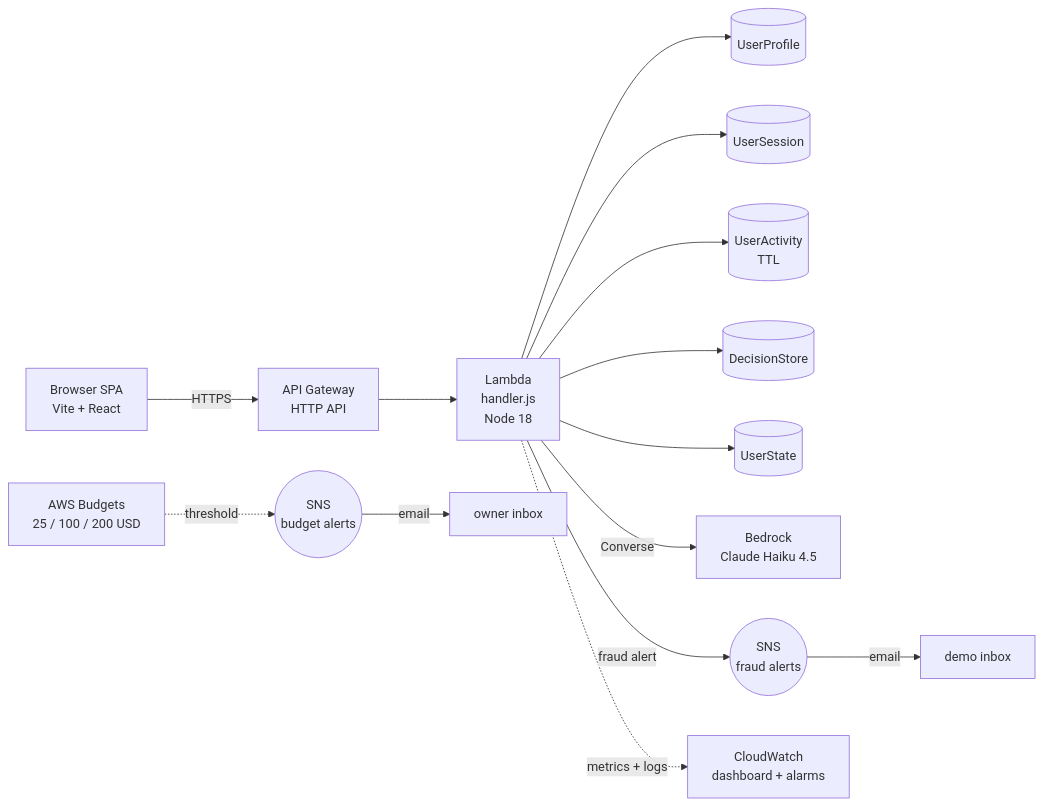
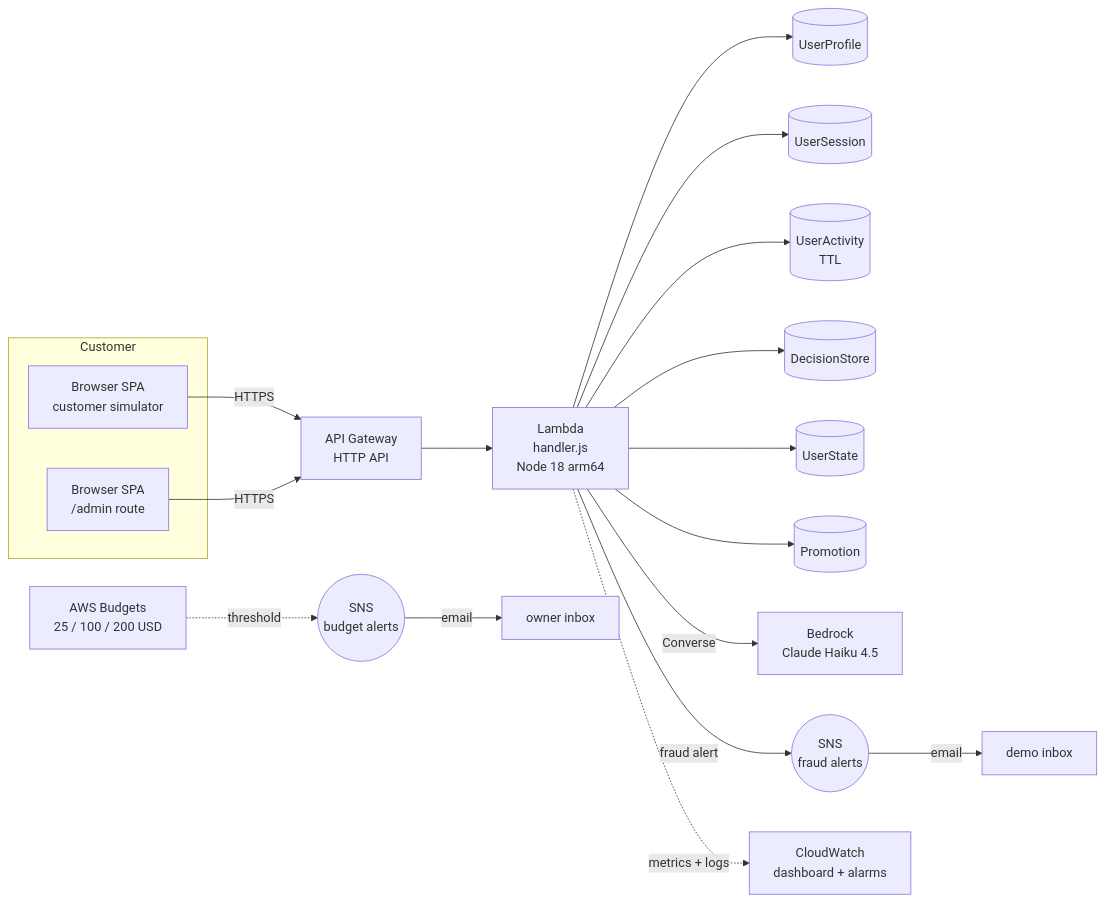
The first of 2 diagrams in docs/architecture.md (thegdsks/codefest-2026), drawn with Mermaid before and after one commit. The commit also changed other lines of this file and 2 other files, not shown here.

````diff
--- a/docs/architecture.md
+++ b/docs/architecture.md
@@ -19,16 +39,26 @@
 ```mermaid
 flowchart LR
-  User[Browser SPA<br/>Vite + React] -->|HTTPS| API[API Gateway<br/>HTTP API]
-  API --> Lambda[Lambda<br/>handler.js<br/>Node 18]
+  subgraph Customer
+    SPA[Browser SPA<br/>customer simulator]
+    Admin[Browser SPA<br/>/admin route]
+  end
+
+  SPA -->|HTTPS| API[API Gateway<br/>HTTP API]
+  Admin -->|HTTPS| API
+  API --> Lambda[Lambda<br/>handler.js<br/>Node 18 arm64]
+
   Lambda --> UP[(UserProfile)]
   Lambda --> US[(UserSession)]
   Lambda --> UA[(UserActivity<br/>TTL)]
   Lambda --> DS[(DecisionStore)]
   Lambda --> ST[(UserState)]
+  Lambda --> PROM[(Promotion)]
+
   Lambda -->|Converse| Bedrock[Bedrock<br/>Claude Haiku 4.5]
   Lambda -->|fraud alert| AlertTopic((SNS<br/>fraud alerts))
   AlertTopic -->|email| DemoMailbox[demo inbox]
+
   Lambda -.->|metrics + logs| CW[CloudWatch<br/>dashboard + alarms]
   Budgets[AWS Budgets<br/>25 / 100 / 200 USD] -.->|threshold| BudgetTopic((SNS<br/>budget alerts))
   BudgetTopic -->|email| Owner[owner inbox]
 ```
````
